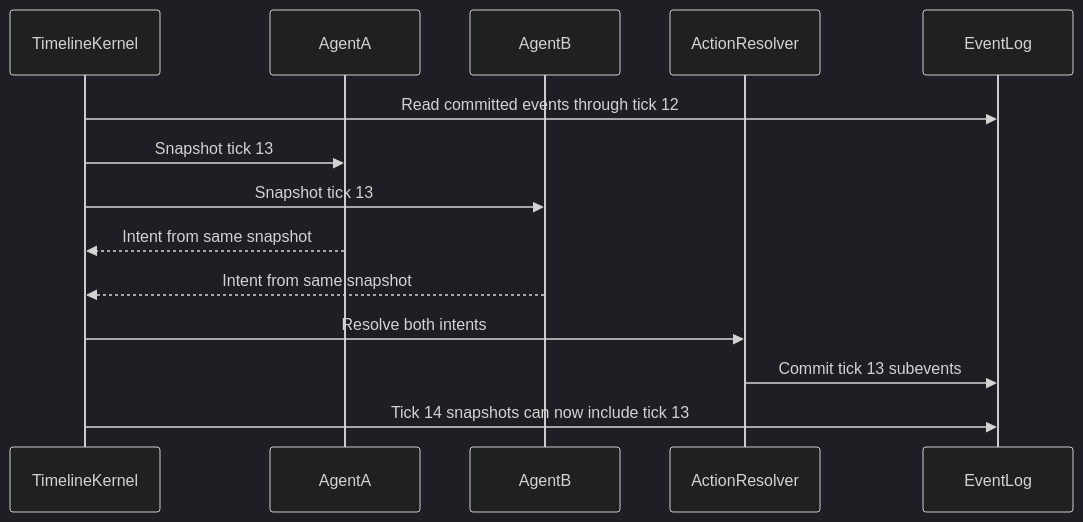
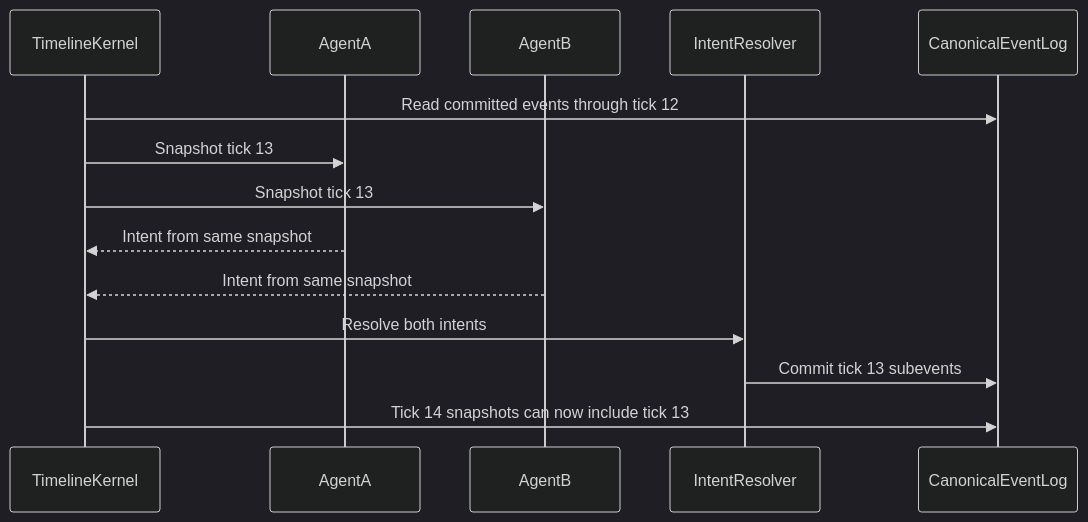
One commit to caiotheodoro/perfectman changed diagram 18 of 19 in docs/architecture/social-presence.md. Above: the diagram before and after it, drawn with Mermaid (dark theme). The commit also changed other lines of this file and 12 other files, not shown here.

Commit message:
docs: align LLM runtime with delivery architecture

````diff
--- a/docs/architecture/social-presence.md
+++ b/docs/architecture/social-presence.md
@@ -1550,17 +1559,17 @@
 ```mermaid
 sequenceDiagram
     participant Kernel as TimelineKernel
     participant A as AgentA
     participant B as AgentB
-    participant Resolver as ActionResolver
-    participant Log as EventLog
+    participant Resolver as IntentResolver
+    participant Log as CanonicalEventLog
 
     Kernel->>Log: Read committed events through tick 12
     Kernel->>A: Snapshot tick 13
     Kernel->>B: Snapshot tick 13
     A-->>Kernel: Intent from same snapshot
     B-->>Kernel: Intent from same snapshot
     Kernel->>Resolver: Resolve both intents
     Resolver->>Log: Commit tick 13 subevents
     Kernel->>Log: Tick 14 snapshots can now include tick 13
 ```
````
